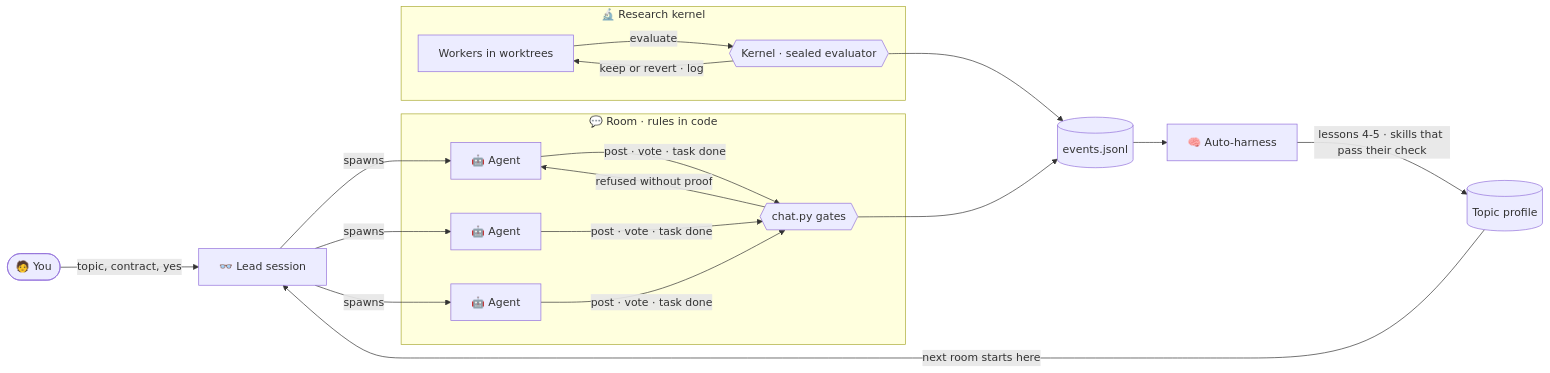
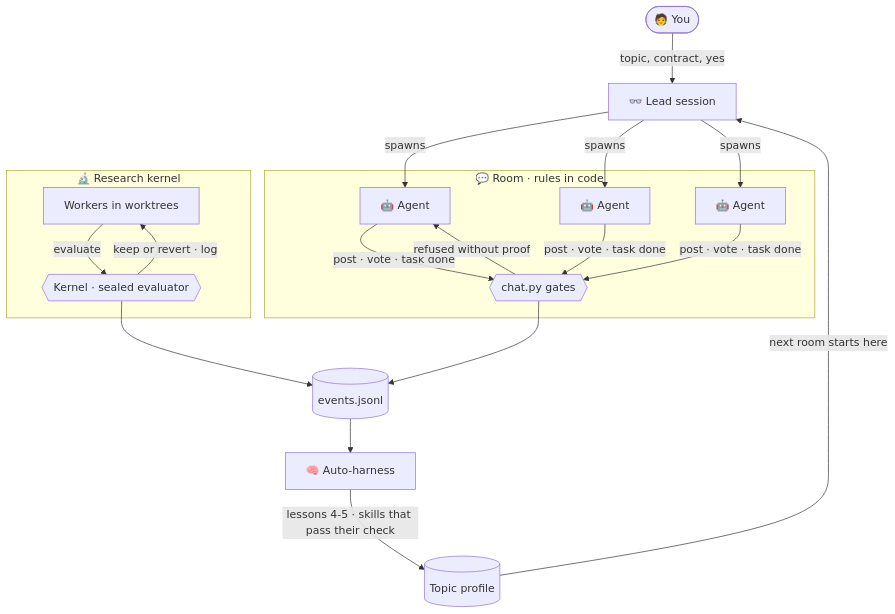
Before and after one commit to Partido-De-What/claude-plugins: the diagram in README.md, drawn with Mermaid.

Commit message:
README: the diagram reads top-down

````diff
--- a/README.md
+++ b/README.md
@@ -62,18 +62,18 @@
 ```mermaid
-flowchart LR
+flowchart TD
     U([🧑 You]) -->|topic, contract, yes| L[👓 Lead session]
     L -->|spawns| A1[🤖 Agent] & A2[🤖 Agent] & A3[🤖 Agent]
     subgraph ROOM [💬 Room · rules in code]
       A1 & A2 & A3 -->|post · vote · task done| G{{chat.py gates}}
       G -->|refused without proof| A1
     end
     subgraph LAB [🔬 Research kernel]
       W[Workers in worktrees] -->|evaluate| K{{Kernel · sealed evaluator}}
       K -->|keep or revert · log| W
     end
     G --> E[(events.jsonl)]
     K --> E
     E --> H[🧠 Auto-harness]
     H -->|lessons 4-5 · skills that pass their check| P[(Topic profile)]
     P -->|next room starts here| L
 ```
````
